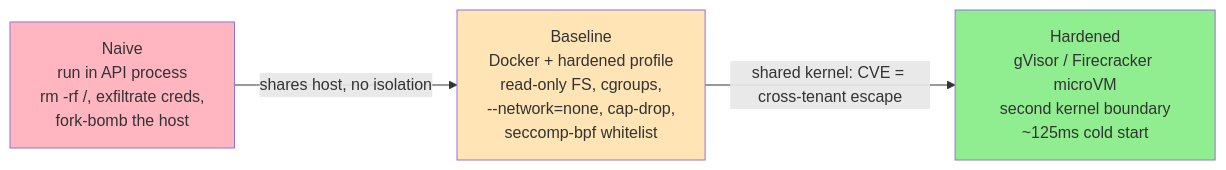
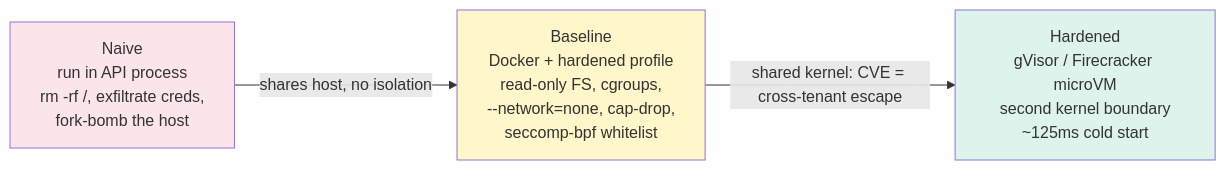
The fourth of 6 diagrams in LLD/questions/Design LeetCode.md (cartmancodes/InterviewVault), drawn with Mermaid before and after one commit. The commit also changed other lines of this file and 679 other files, not shown here.

Commit message:
Unify content diagrams and add accessible visual walkthroughs

````diff
--- a/LLD/questions/Design LeetCode.md
+++ b/LLD/questions/Design LeetCode.md
@@ -228,13 +228,13 @@
 ```mermaid
 graph LR
     N["Naive<br/>run in API process<br/>rm -rf /, exfiltrate creds,<br/>fork-bomb the host"]
     D["Baseline<br/>Docker + hardened profile<br/>read-only FS, cgroups,<br/>--network=none, cap-drop,<br/>seccomp-bpf whitelist"]
     V["Hardened<br/>gVisor / Firecracker microVM<br/>second kernel boundary<br/>~125ms cold start"]
 
     N -->|shares host, no isolation| D
     D -->|shared kernel: CVE = cross-tenant escape| V
 
-    style N fill:#FFB6C1
-    style D fill:#FFE4B5
-    style V fill:#90EE90
+    style N fill:#FCE5EA
+    style D fill:#FFF6C9
+    style V fill:#DDF3EC
 ```
````
